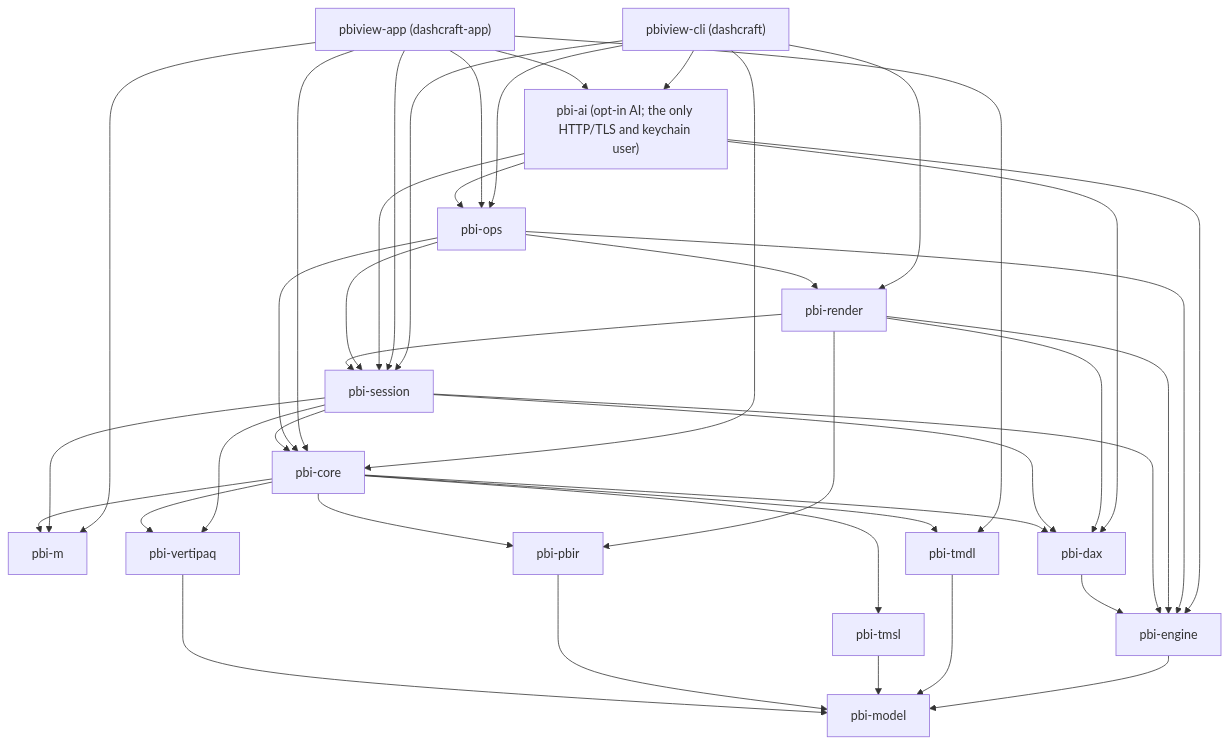
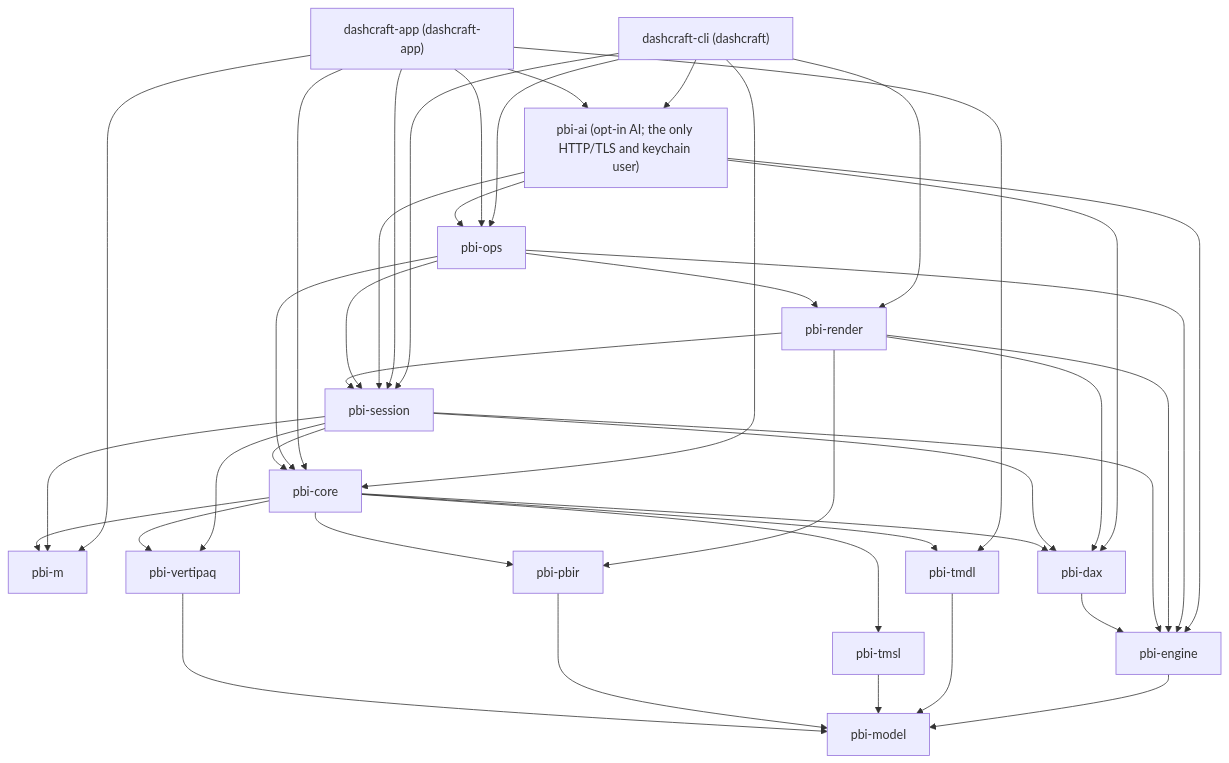
The second of 3 diagrams in docs/ARCHITECTURE.md (Jxck-S/dashcraft), drawn with Mermaid before and after one commit. The commit also changed other lines of this file and 126 other files, not shown here.

````diff
--- a/docs/ARCHITECTURE.md
+++ b/docs/ARCHITECTURE.md
@@ -48,43 +48,43 @@
 ```mermaid
 graph TD
-  cli["pbiview-cli (dashcraft)"] --> ops[pbi-ops]
+  cli["dashcraft-cli (dashcraft)"] --> ops[pbi-ops]
   cli --> ai["pbi-ai (opt-in AI; the only HTTP/TLS and keychain user)"]
   cli --> core[pbi-core]
   cli --> session[pbi-session]
   cli --> render[pbi-render]
-  app["pbiview-app (dashcraft-app)"] --> ops
+  app["dashcraft-app (dashcraft-app)"] --> ops
   app --> ai
   app --> core
   app --> session
   app --> m[pbi-m]
   app --> tmdl[pbi-tmdl]
   ai --> ops
   ai --> session
   ai --> dax[pbi-dax]
   ai --> engine[pbi-engine]
   ops --> core
   ops --> session
   ops --> render
   ops --> engine
   render --> session
   render --> dax
   render --> engine
   render --> pbir[pbi-pbir]
   session --> core
   session --> m
   session --> dax
   session --> engine
   session --> vertipaq[pbi-vertipaq]
   core --> tmdl
   core --> tmsl[pbi-tmsl]
   core --> pbir
   core --> vertipaq
   core --> dax
   core --> m
   dax --> engine
   engine --> model[pbi-model]
   tmdl --> model
   tmsl --> model
   pbir --> model
   vertipaq --> model
 ```
````
